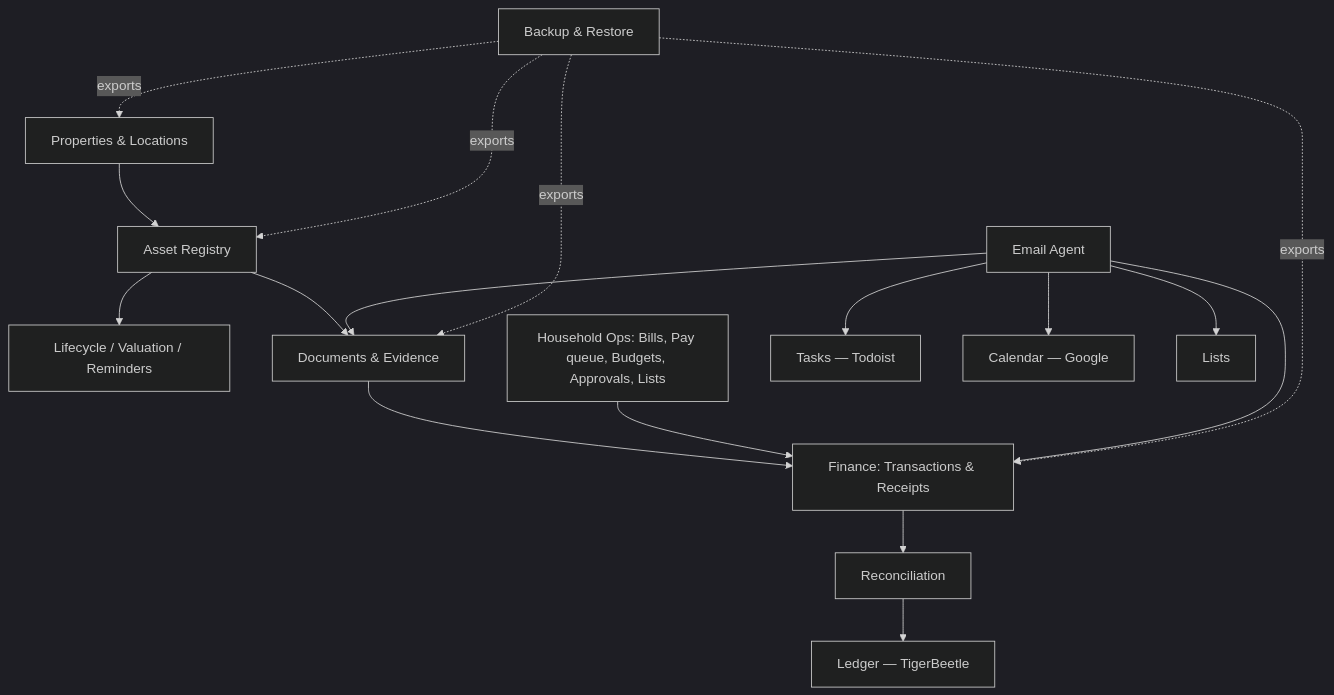
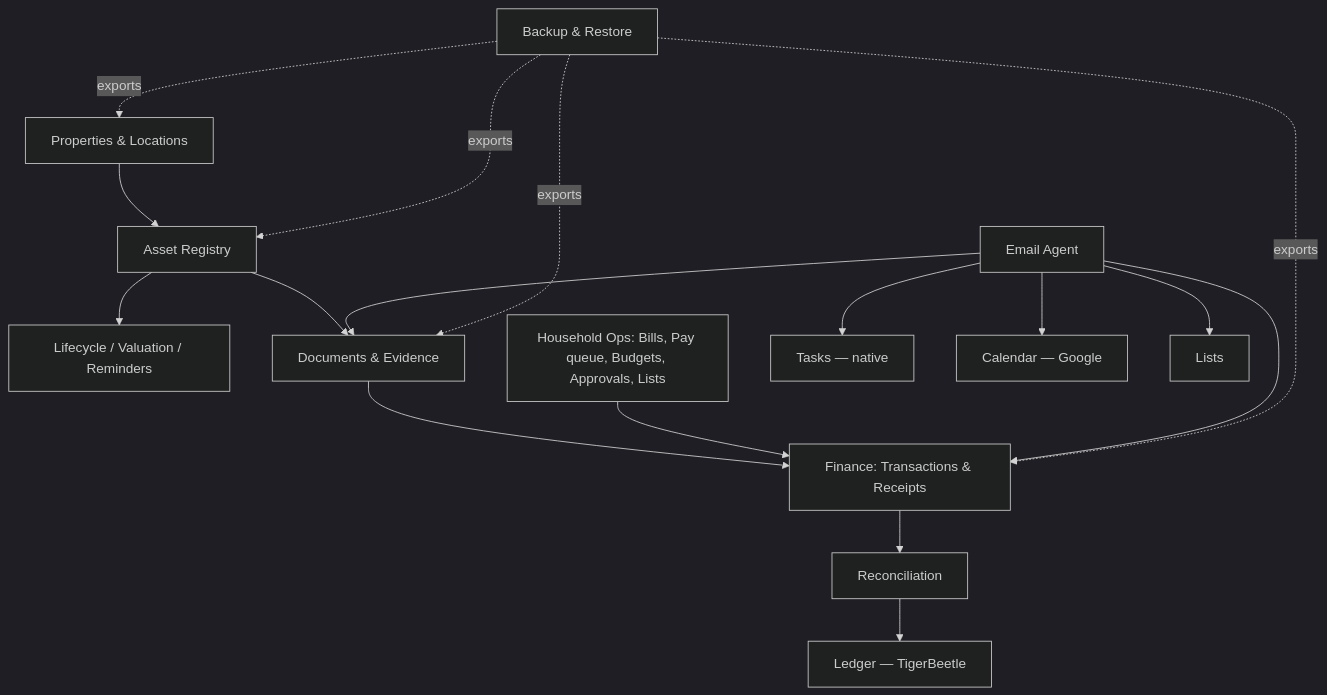
The first of 3 diagrams in Kanzen-Platform-Spec.md (alexflav23/kanzen), drawn with Mermaid (dark theme) before and after one commit. The commit also changed other lines of this file and 2 other files, not shown here.

First line of the commit message:
Adopt native tasks; add F03 Properties spec

````diff
--- a/Kanzen-Platform-Spec.md
+++ b/Kanzen-Platform-Spec.md
@@ -143,19 +144,19 @@
 ```mermaid
 graph TD
     PROP["Properties & Locations"] --> AST["Asset Registry"]
     AST --> LIFE["Lifecycle / Valuation / Reminders"]
     AST --> DOC["Documents & Evidence"]
     DOC --> FIN["Finance: Transactions & Receipts"]
     FIN --> REC["Reconciliation"]
     REC --> LED["Ledger — TigerBeetle"]
     OPS["Household Ops: Bills, Pay queue, Budgets, Approvals, Lists"] --> FIN
     AGENT["Email Agent"] --> DOC
     AGENT --> FIN
-    AGENT --> TODO["Tasks — Todoist"]
+    AGENT --> TASK["Tasks — native"]
     AGENT --> CAL["Calendar — Google"]
     AGENT --> LST["Lists"]
     BACKUP["Backup & Restore"] -.exports.-> PROP
     BACKUP -.exports.-> AST
     BACKUP -.exports.-> FIN
     BACKUP -.exports.-> DOC
 ```
````
